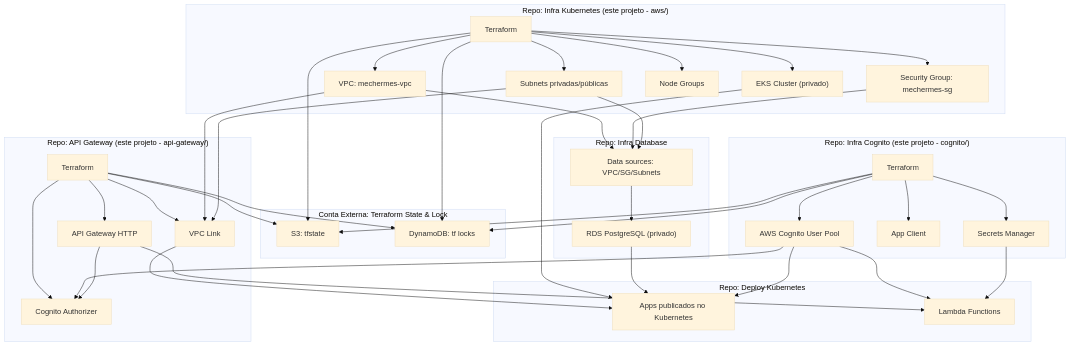
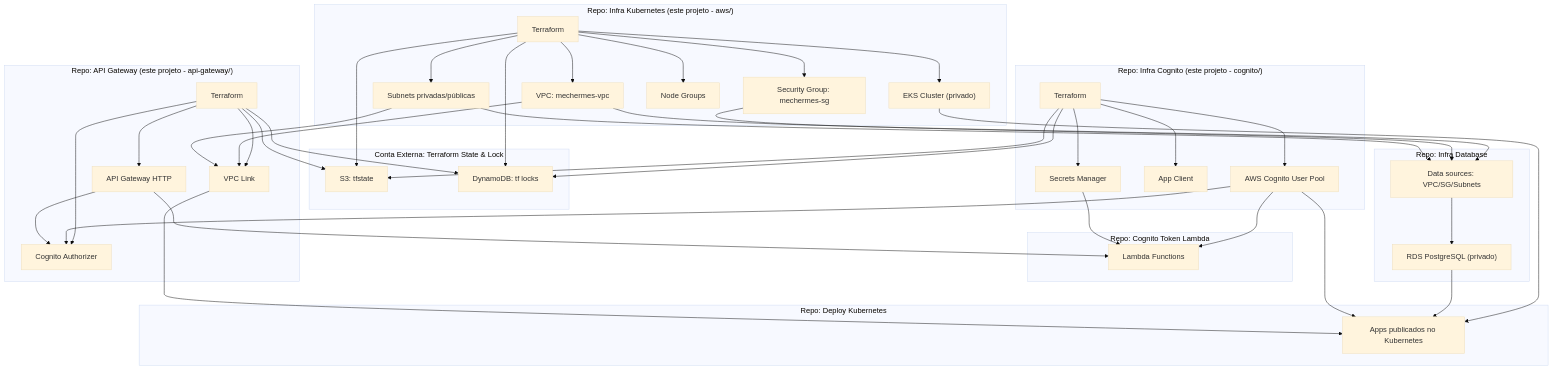
Before and after one commit to fiap-challenge-13soat/mecanica-hermes-infra: the diagram in README.md, drawn with Mermaid (base theme). The commit also changed other lines of this file and 12 other files, not shown here.

````diff
--- a/README.md
+++ b/README.md
@@ -45,78 +47,81 @@
 ```mermaid
 flowchart
   subgraph Step1["Repo: Infra Kubernetes (este projeto - aws/)"]
    TF["Terraform"]
    VPC["VPC: mechermes-vpc"]
    SG["Security Group: mechermes-sg"]
    Subnet["Subnets privadas/públicas"]
    EKS["EKS Cluster (privado)"]
    Nodes["Node Groups"]
   end
 
   subgraph Step2["Repo: Infra Cognito (este projeto - cognito/)"]
    TF_Cognito["Terraform"]
    Cognito["AWS Cognito User Pool"]
    CognitoClient["App Client"]
    CognitoSecret["Secrets Manager"]
   end
 
   subgraph Step3["Repo: Infra Database"]
    Data["Data sources: VPC/SG/Subnets"]
    RDS["RDS PostgreSQL (privado)"]
   end
 
-  subgraph Step4["Conta Externa: Terraform State & Lock"]
+  subgraph State["Conta Externa: Terraform State & Lock"]
    S3["S3: tfstate"]
    DDB["DynamoDB: tf locks"]
   end
 
-  subgraph Step5["Repo: Deploy Kubernetes"]
+  subgraph Step4["Repo: Deploy Kubernetes"]
    Apps["Apps publicados no Kubernetes"]
+  end
+
+  subgraph Step5["Repo: Cognito Token Lambda"]
    Lambda["Lambda Functions"]
   end
 
   subgraph Step6["Repo: API Gateway (este projeto - api-gateway/)"]
    TF_APIG["Terraform"]
    APIG["API Gateway HTTP"]
    VPCLink["VPC Link"]
    CognitoAuth["Cognito Authorizer"]
   end
 
   TF --> VPC
   TF --> SG
   TF --> Subnet
   TF --> EKS
   TF --> Nodes
   TF --> S3
   TF --> DDB
 
   TF_Cognito --> Cognito
   TF_Cognito --> CognitoClient
   TF_Cognito --> CognitoSecret
   TF_Cognito --> S3
   TF_Cognito --> DDB
 
   VPC --> Data
   SG --> Data
   Subnet --> Data
   Data --> RDS
 
   EKS --> Apps
   RDS --> Apps
   Cognito --> Apps
   Cognito --> Lambda
   CognitoSecret --> Lambda
 
   TF_APIG --> APIG
   TF_APIG --> VPCLink
   TF_APIG --> CognitoAuth
   TF_APIG --> S3
   TF_APIG --> DDB
   
   VPC --> VPCLink
   Subnet --> VPCLink
   Cognito --> CognitoAuth
   APIG --> CognitoAuth
   APIG --> Lambda
   VPCLink --> Apps
 ```
````
